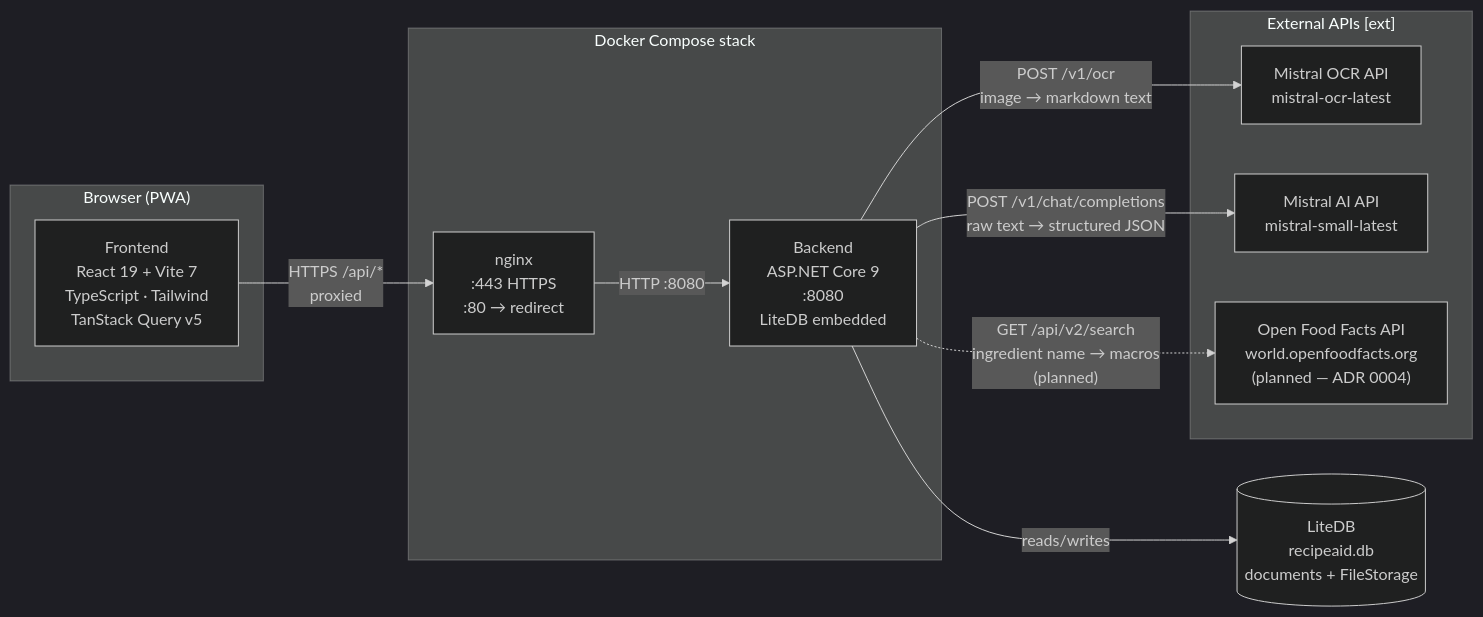
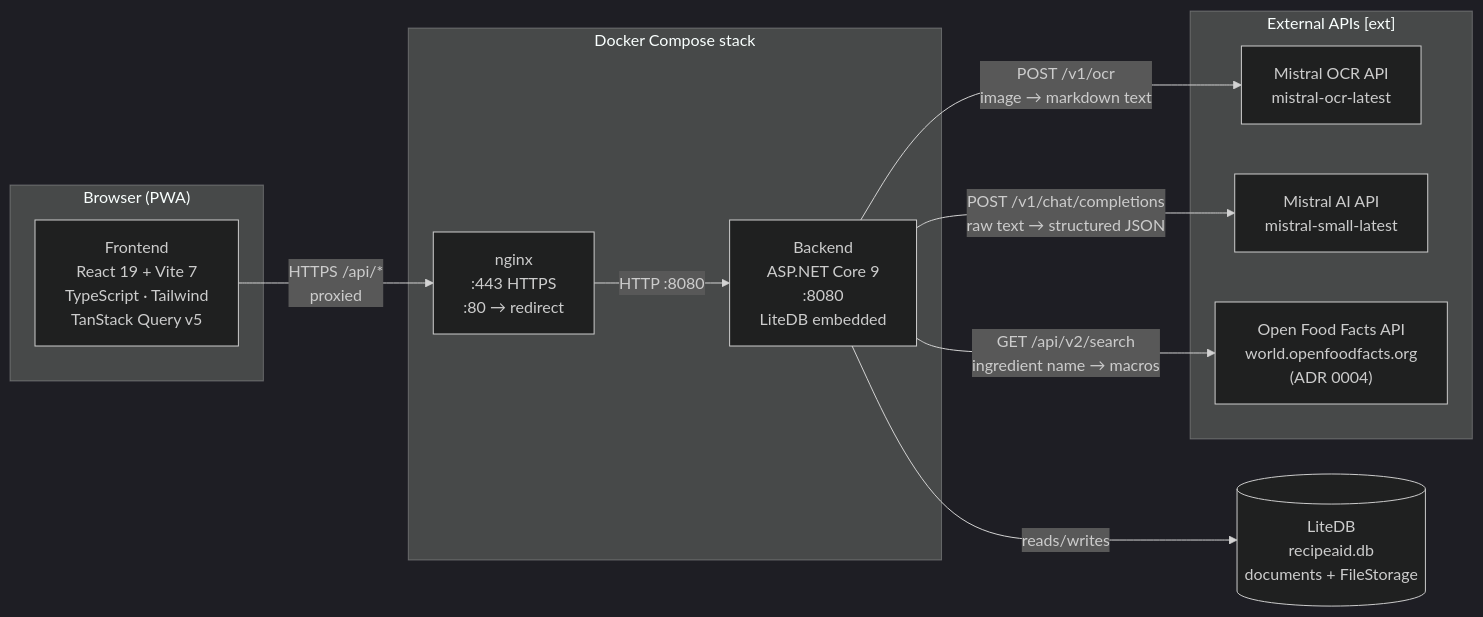
Before and after one commit to StuehlerM/recipeAId: the first of 3 diagrams in docs/architecture-overview.md, drawn with Mermaid (dark theme). The commit also changed other lines of this file and 21 other files, not shown here.

````diff
--- a/docs/architecture-overview.md
+++ b/docs/architecture-overview.md
@@ -20,26 +20,26 @@
 ```mermaid
 flowchart LR
     subgraph Browser["Browser (PWA)"]
         FE["Frontend\nReact 19 + Vite 7\nTypeScript · Tailwind\nTanStack Query v5"]
     end
 
     subgraph Docker["Docker Compose stack"]
         NGINX["nginx\n:443 HTTPS\n:80 → redirect"]
         BE["Backend\nASP.NET Core 9\n:8080\nLiteDB embedded"]
     end
 
     subgraph External["External APIs [ext]"]
         MISTRAL_OCR["Mistral OCR API\nmistral-ocr-latest"]
         MISTRAL_AI["Mistral AI API\nmistral-small-latest"]
-        OFF["Open Food Facts API\nworld.openfoodfacts.org\n(planned — ADR 0004)"]
+        OFF["Open Food Facts API\nworld.openfoodfacts.org\n(ADR 0004)"]
     end
 
     FE -->|"HTTPS /api/*\nproxied"| NGINX
     NGINX -->|"HTTP :8080"| BE
 
     BE -->|"POST /v1/ocr\nimage → markdown text"| MISTRAL_OCR
     BE -->|"POST /v1/chat/completions\nraw text → structured JSON"| MISTRAL_AI
-    BE -.->|"GET /api/v2/search\ningredient name → macros\n(planned)"| OFF
+    BE -->|"GET /api/v2/search\ningredient name → macros"| OFF
 
     BE -->|reads/writes| DB[("LiteDB\nrecipeaid.db\ndocuments + FileStorage")]
 ```
````
